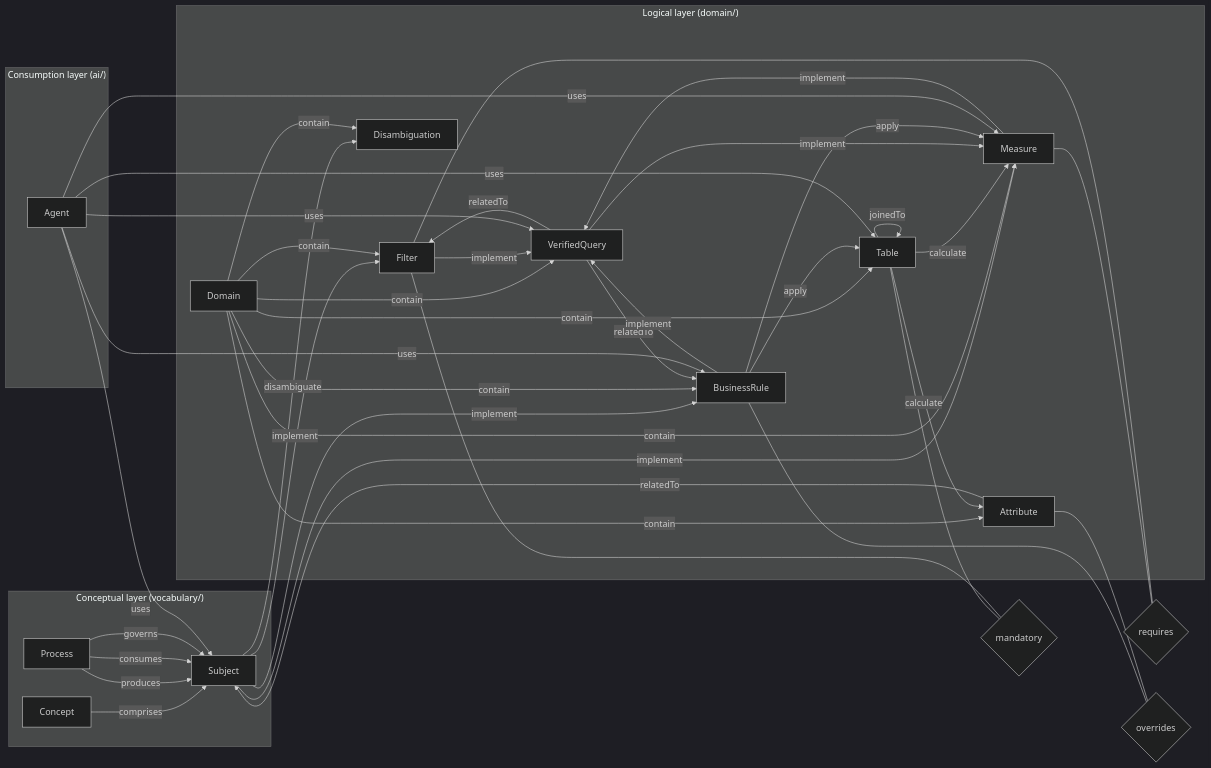
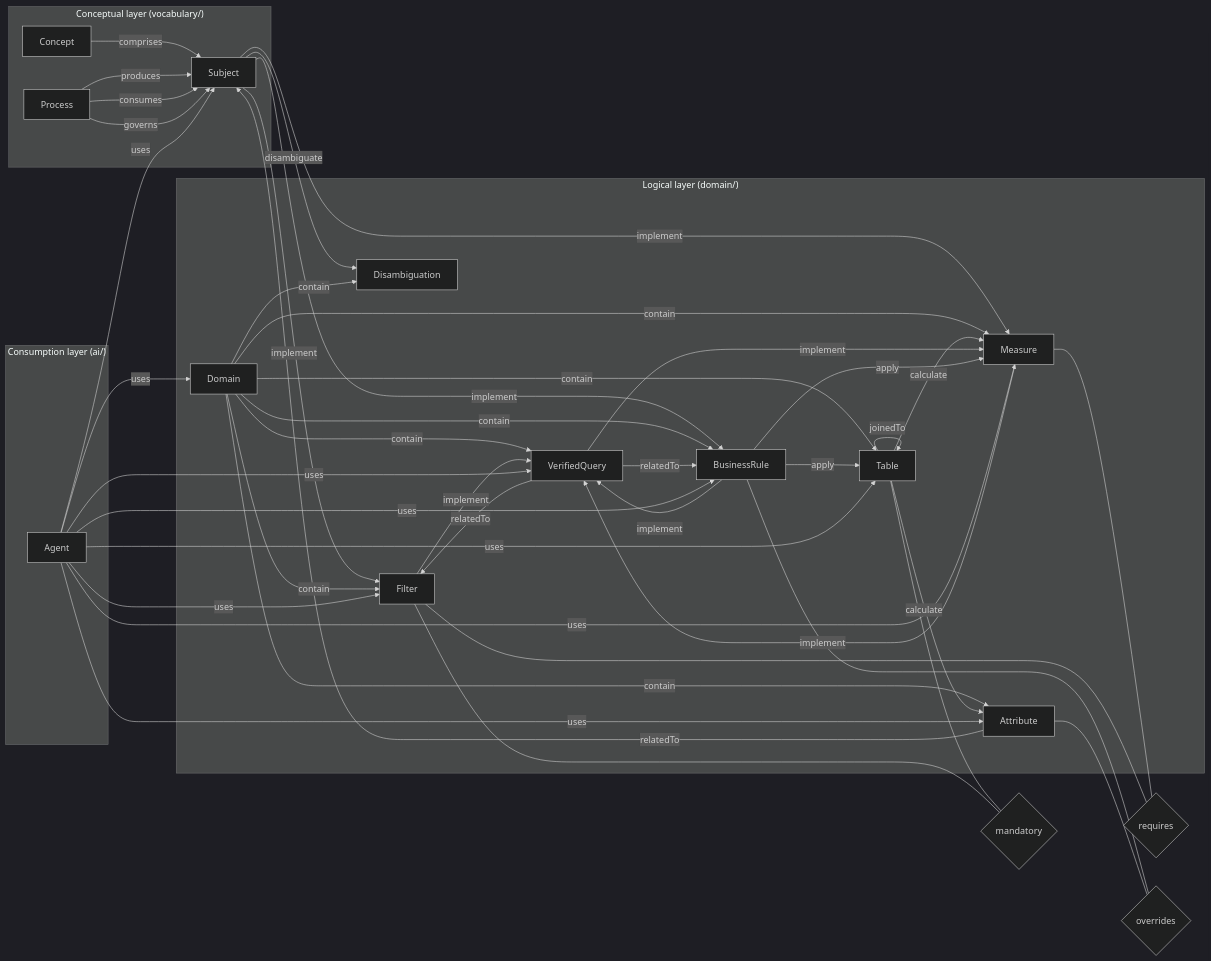
The diagram in SPEC.md (epakon/knowledge-graph), drawn with Mermaid (dark theme) before and after one commit. The commit also changed other lines of this file and 12 other files, not shown here.

````diff
--- a/SPEC.md
+++ b/SPEC.md
@@ -64,73 +64,76 @@
 ```mermaid
 graph LR
     subgraph conceptual["Conceptual layer (vocabulary/)"]
         Concept["Concept"]
         Subject["Subject"]
         Process["Process"]
     end
 
     subgraph logical["Logical layer (domain/)"]
         Domain["Domain"]
         Table["Table"]
         Measure["Measure"]
         Attribute["Attribute"]
         Filter["Filter"]
         VerifiedQuery["VerifiedQuery"]
         BusinessRule["BusinessRule"]
         Disambiguation["Disambiguation"]
     end
 
     subgraph consumption["Consumption layer (ai/)"]
         Agent["Agent"]
     end
 
     Concept -->|comprises| Subject
     Process -->|produces| Subject
     Process -->|consumes| Subject
     Process -->|governs| Subject
 
     Subject -->|implement| Filter
     Subject -->|implement| Measure
     Subject -->|implement| BusinessRule
     Subject -->|disambiguate| Disambiguation
 
     Domain -->|contain| Table
     Domain -->|contain| Measure
     Domain -->|contain| Filter
     Domain -->|contain| VerifiedQuery
     Domain -->|contain| BusinessRule
     Domain -->|contain| Attribute
     Domain -->|contain| Disambiguation
 
     Table -->|calculate| Attribute
     Table -->|calculate| Measure
     Table -->|joinedTo| Table
 
     Table --- mandatory{mandatory}
     Filter --- mandatory
 
     Measure --- requires{requires}
     Filter --- requires
 
     BusinessRule --- overrides{overrides}
     Attribute --- overrides
 
     VerifiedQuery -->|implement| Measure
     VerifiedQuery -->|relatedTo| Filter
     VerifiedQuery -->|relatedTo| BusinessRule
 
     BusinessRule -->|apply| Table
     BusinessRule -->|apply| Measure
     BusinessRule -->|implement| VerifiedQuery
 
     Measure -->|implement| VerifiedQuery
     Filter -->|implement| VerifiedQuery
 
     Attribute -->|relatedTo| Subject
 
     Agent -->|uses| Table
     Agent -->|uses| Measure
+    Agent -->|uses| Attribute
+    Agent -->|uses| Filter
     Agent -->|uses| BusinessRule
     Agent -->|uses| VerifiedQuery
     Agent -->|uses| Subject
+    Agent -->|uses| Domain
 ```
````
